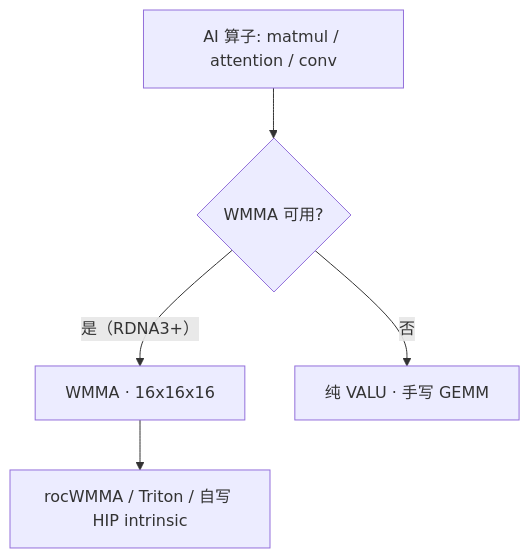
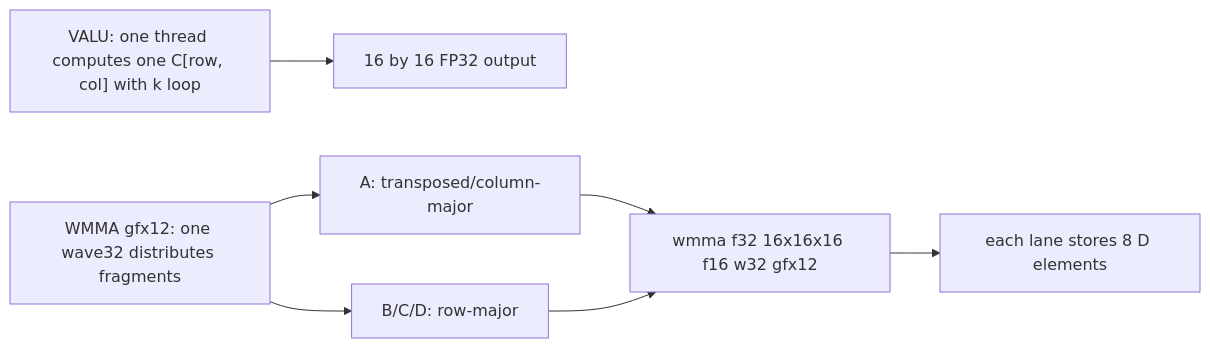
One commit to Weihong-Liu/hello-gpu changed the ninth of 9 diagrams in docs/part0-intro/chapter2/index.md. Above: the diagram before and after it, drawn with Mermaid. The commit also changed other lines of this file and 21 other files, not shown here.

````diff
--- a/docs/part0-intro/chapter2/index.md
+++ b/docs/part0-intro/chapter2/index.md
@@ -390,7 +318,9 @@
 ```mermaid
-flowchart TD
-    A[AI 算子: matmul / attention / conv] --> B{WMMA 可用?}
-    B -- "是（RDNA3+）" --> C[WMMA · 16x16x16]
-    B -- "否" --> E[纯 VALU · 手写 GEMM]
-    C --> F[rocWMMA / Triton / 自写 HIP intrinsic]
+flowchart LR
+    V["VALU: one thread computes one C[row, col] with k loop"] --> VC[16 by 16 FP32 output]
+    W[WMMA gfx12: one wave32 distributes fragments] --> F[A: transposed/column-major]
+    W --> G[B/C/D: row-major]
+    F --> I[wmma f32 16x16x16 f16 w32 gfx12]
+    G --> I
+    I --> D[each lane stores 8 D elements]
 ```
````
